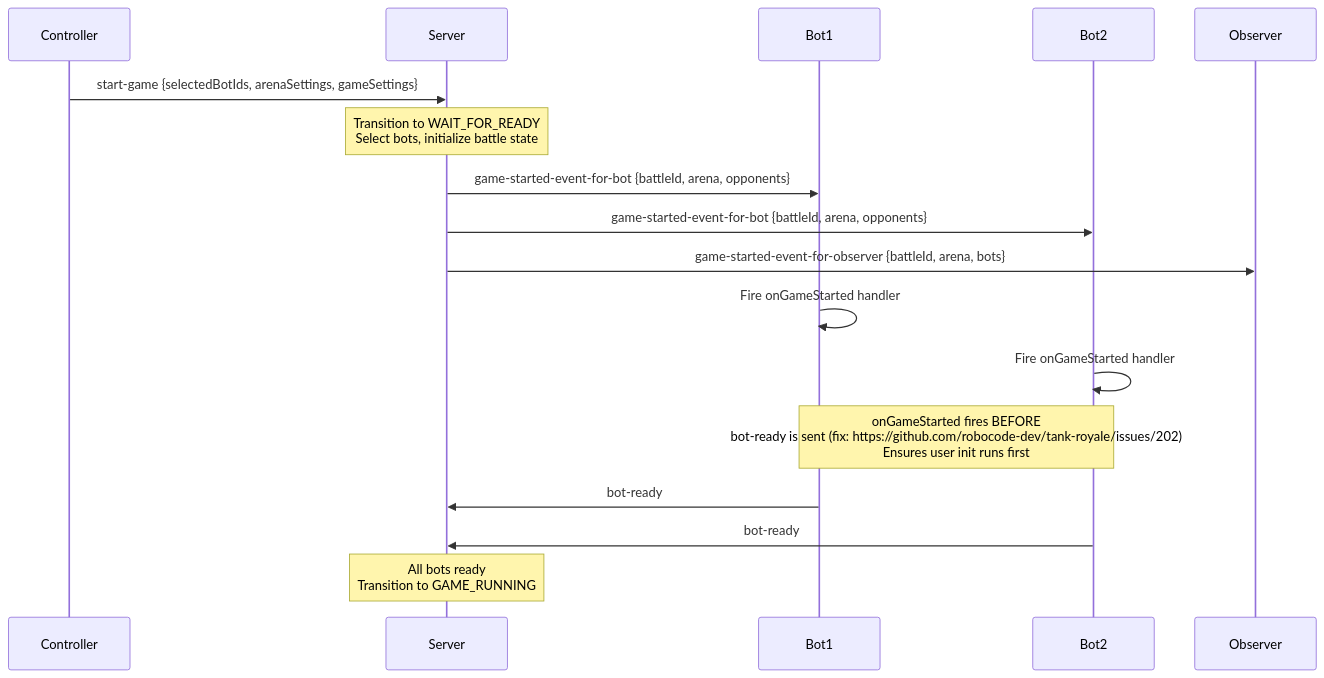
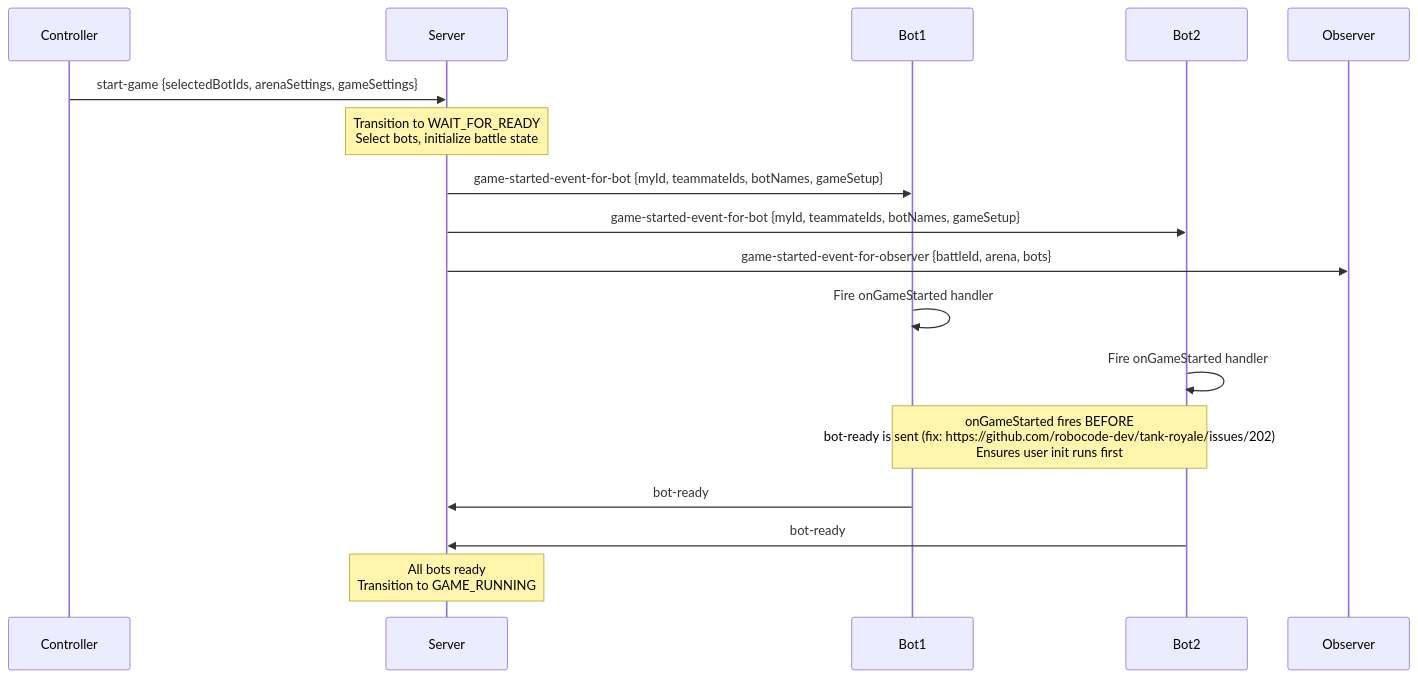
One commit to robocode-dev/tank-royale changed the third of 14 diagrams in docs/architecture/models/flows/battle-lifecycle.md. Above: the diagram before and after it, drawn with Mermaid. The commit also changed other lines of this file and 73 other files, not shown here.

Commit message:
feat: expose teammate names to team bots

````diff
--- a/docs/architecture/models/flows/battle-lifecycle.md
+++ b/docs/architecture/models/flows/battle-lifecycle.md
@@ -129,26 +129,26 @@
 ```mermaid
 sequenceDiagram
     participant Controller
     participant Server
     participant Bot1
     participant Bot2
     participant Observer
 
     Controller->>Server: start-game {selectedBotIds, arenaSettings, gameSettings}
 
     Note over Server: Transition to WAIT_FOR_READY<br/>Select bots, initialize battle state
 
-    Server->>Bot1: game-started-event-for-bot {battleId, arena, opponents}
-    Server->>Bot2: game-started-event-for-bot {battleId, arena, opponents}
+    Server->>Bot1: game-started-event-for-bot {myId, teammateIds, botNames, gameSetup}
+    Server->>Bot2: game-started-event-for-bot {myId, teammateIds, botNames, gameSetup}
     Server->>Observer: game-started-event-for-observer {battleId, arena, bots}
 
     Bot1->>Bot1: Fire onGameStarted handler
     Bot2->>Bot2: Fire onGameStarted handler
 
     Note over Bot1,Bot2: onGameStarted fires BEFORE<br/>bot-ready is sent (fix: https://github.com/robocode-dev/tank-royale/issues/202)<br/>Ensures user init runs first
 
     Bot1->>Server: bot-ready
     Bot2->>Server: bot-ready
 
     Note over Server: All bots ready<br/>Transition to GAME_RUNNING
 ```
````
